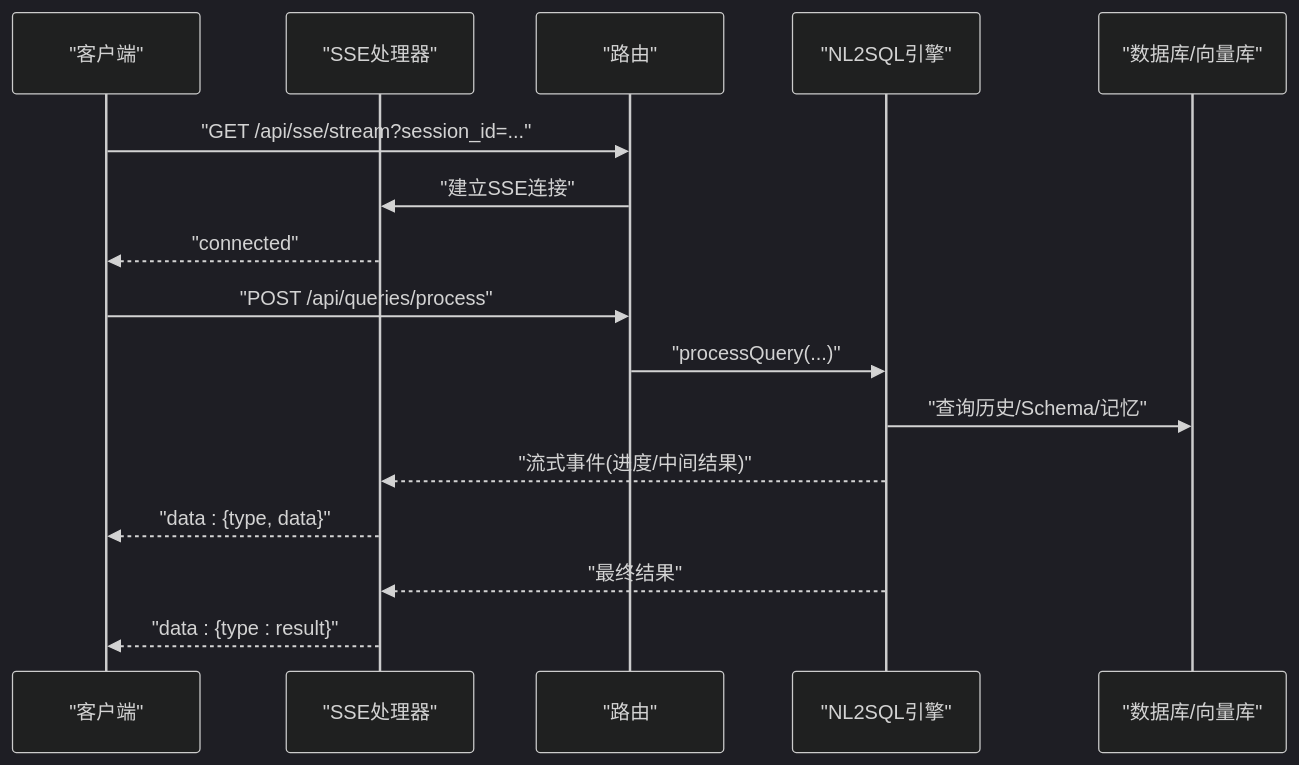
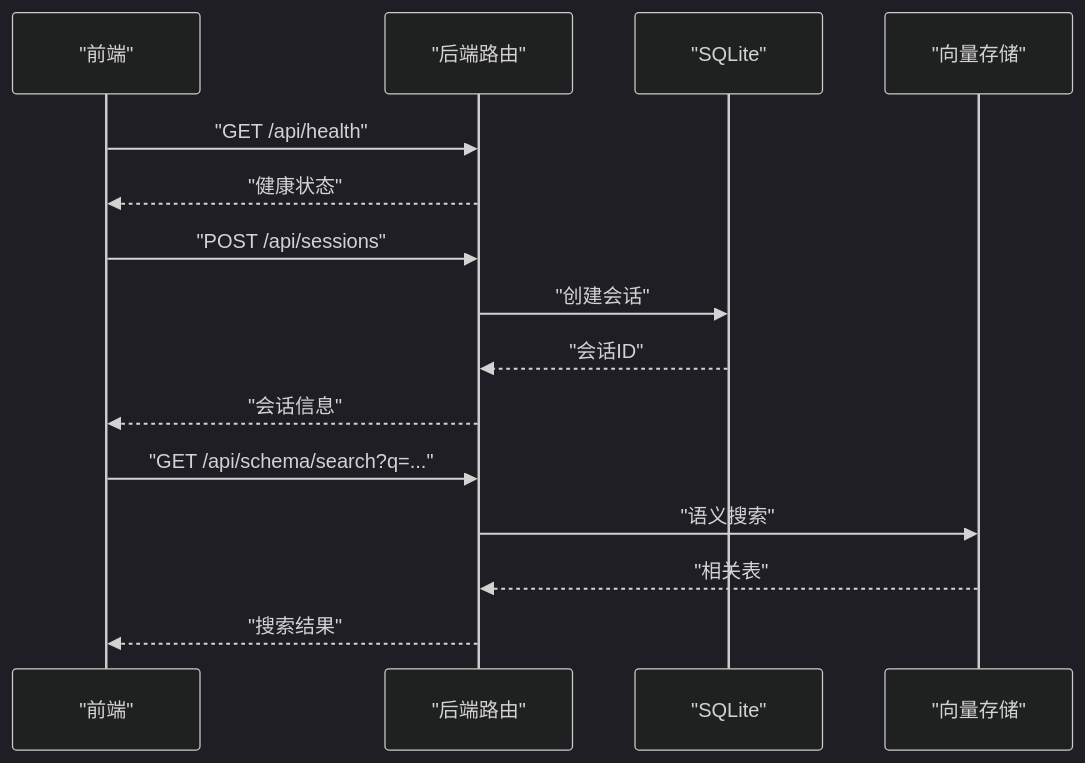
The seventh of 9 diagrams in NL2SQL/.qoder/repowiki/zh/content/项目概述.md (HanHuiOnLine/724-office), drawn with Mermaid (dark theme) before and after one commit. The commit also changed other lines of this file and 170 other files, not shown here.

````diff
--- a/NL2SQL/.qoder/repowiki/zh/content/项目概述.md
+++ b/NL2SQL/.qoder/repowiki/zh/content/项目概述.md
@@ -197,18 +258,17 @@
 ```mermaid
 sequenceDiagram
-participant C as "客户端"
-participant S as "SSE处理器"
-participant R as "路由"
-participant E as "NL2SQL引擎"
-participant D as "数据库/向量库"
-C->>R : "GET /api/sse/stream?session_id=..."
-R->>S : "建立SSE连接"
-S-->>C : "connected"
-C->>R : "POST /api/queries/process"
-R->>E : "processQuery(...)"
-E->>D : "查询历史/Schema/记忆"
-E-->>S : "流式事件(进度/中间结果)"
-S-->>C : "data : {type, data}"
-E-->>S : "最终结果"
-S-->>C : "data : {type : result}"
+participant FE as "前端"
+participant API as "后端路由"
+participant DB as "SQLite"
+participant VS as "向量存储"
+FE->>API : "GET /api/health"
+API-->>FE : "健康状态"
+FE->>API : "POST /api/sessions"
+API->>DB : "创建会话"
+DB-->>API : "会话ID"
+API-->>FE : "会话信息"
+FE->>API : "GET /api/schema/search?q=..."
+API->>VS : "语义搜索"
+VS-->>API : "相关表"
+API-->>FE : "搜索结果"
 ```
````
